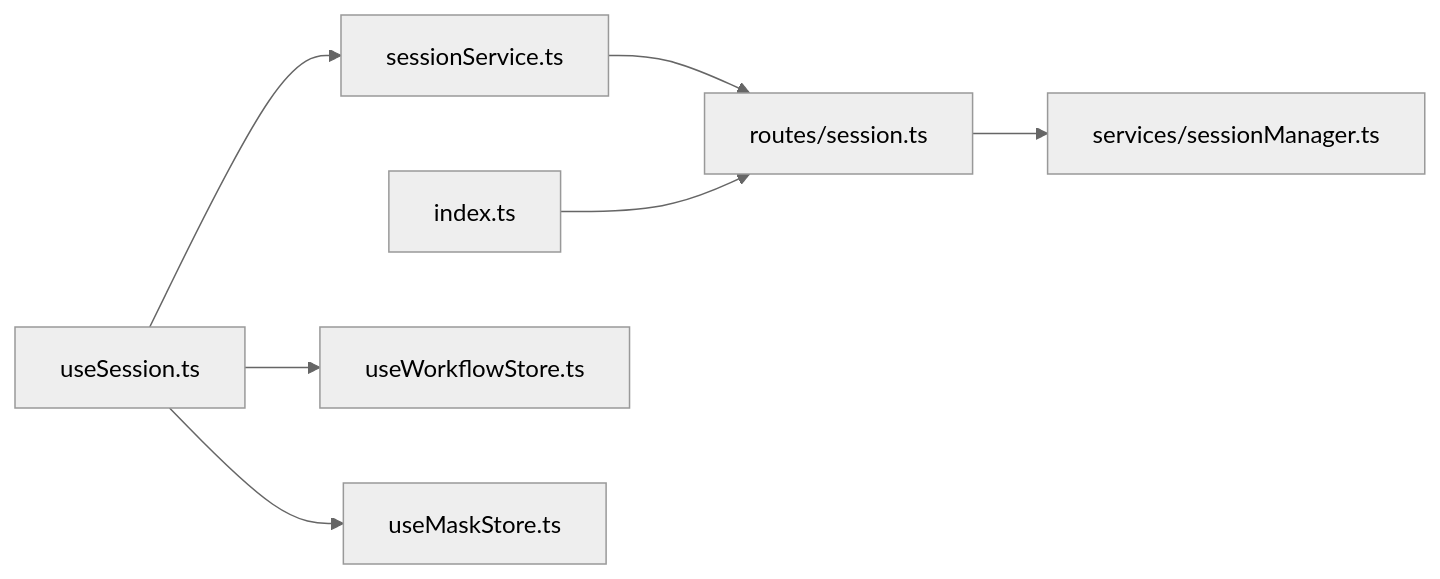
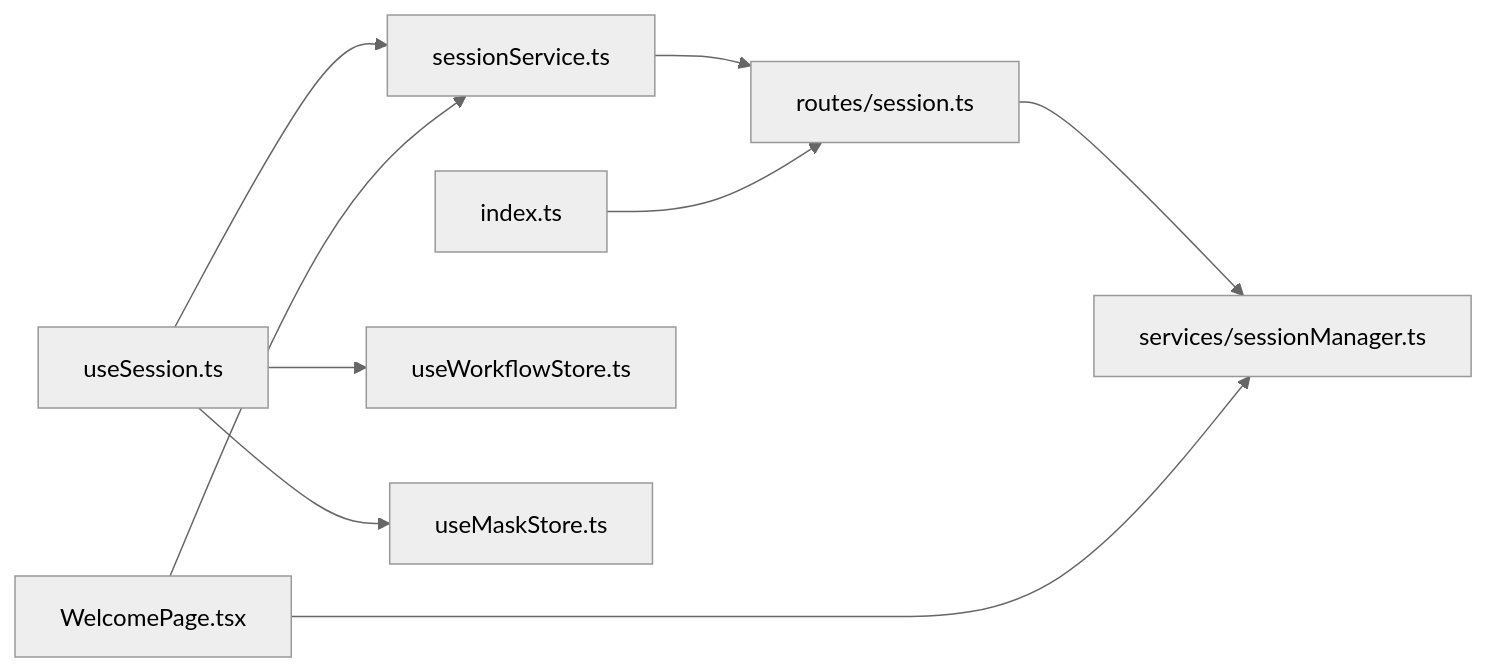
Before and after one commit to billye220670/CorineKit_Pix2Real: the ninth of 9 diagrams in .qoder/repowiki/zh/content/会话管理/会话管理.md, drawn with Mermaid (neutral theme). The commit also changed other lines of this file and 33 other files, not shown here.

````diff
--- a/.qoder/repowiki/zh/content/会话管理/会话管理.md
+++ b/.qoder/repowiki/zh/content/会话管理/会话管理.md
@@ -358,9 +442,11 @@
 ```mermaid
 graph LR
 Hook["useSession.ts"] --> Svc["sessionService.ts"]
 Svc --> Route["routes/session.ts"]
 Route --> Mgr["services/sessionManager.ts"]
 Index["index.ts"] --> Route
 Hook --> WF["useWorkflowStore.ts"]
 Hook --> MSK["useMaskStore.ts"]
+WEL["WelcomePage.tsx"] --> Svc
+WEL --> Mgr
 ```
````
